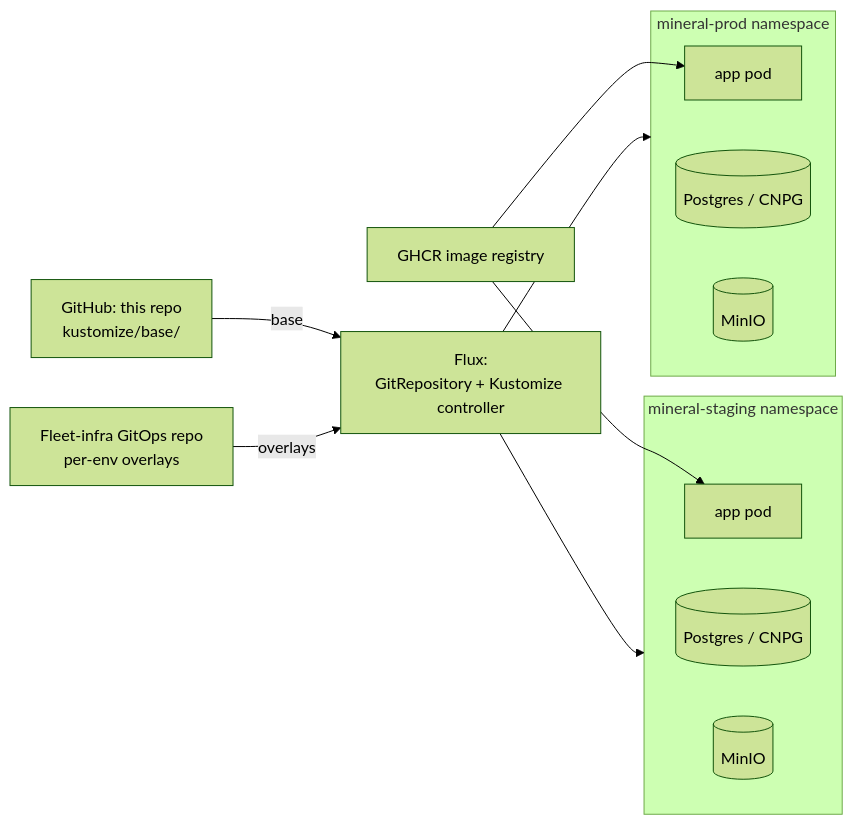
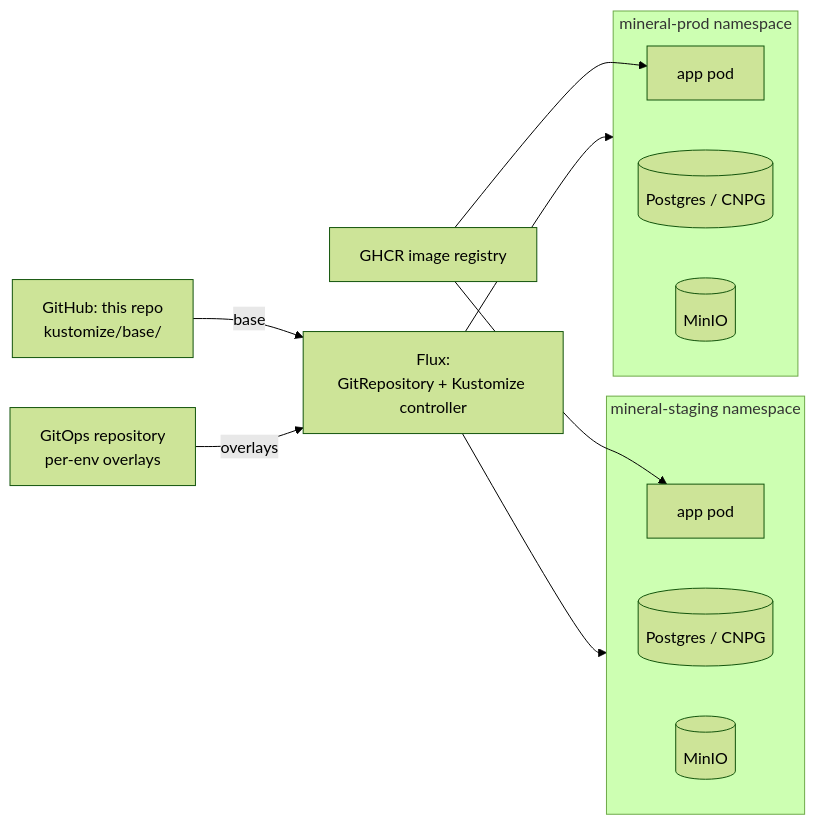
Before and after one commit to dickeyfPersonalProjects/minerals: the diagram in README.md, drawn with Mermaid (forest theme). The commit also changed other lines of this file and 4 other files, not shown here.

First line of the commit message:
docs: replace fleet-infra refs with neutral gitops repository language (mi-lmm)

````diff
--- a/README.md
+++ b/README.md
@@ -94,26 +94,26 @@
 ```mermaid
 flowchart LR
     GH[GitHub: this repo<br/>kustomize/base/]
     GHCR[GHCR image registry]
-    FleetRepo[Fleet-infra GitOps repo<br/>per-env overlays]
+    FleetRepo[GitOps repository<br/>per-env overlays]
     Flux[Flux:<br/>GitRepository + Kustomize controller]
 
     subgraph staging[mineral-staging namespace]
         AppS[app pod]
         PGS[(Postgres / CNPG)]
         MinIOS[(MinIO)]
     end
 
     subgraph prod[mineral-prod namespace]
         AppP[app pod]
         PGP[(Postgres / CNPG)]
         MinIOP[(MinIO)]
     end
 
     GH -->|base| Flux
     FleetRepo -->|overlays| Flux
     Flux --> staging
     Flux --> prod
     GHCR --> AppS
     GHCR --> AppP
 ```
````
